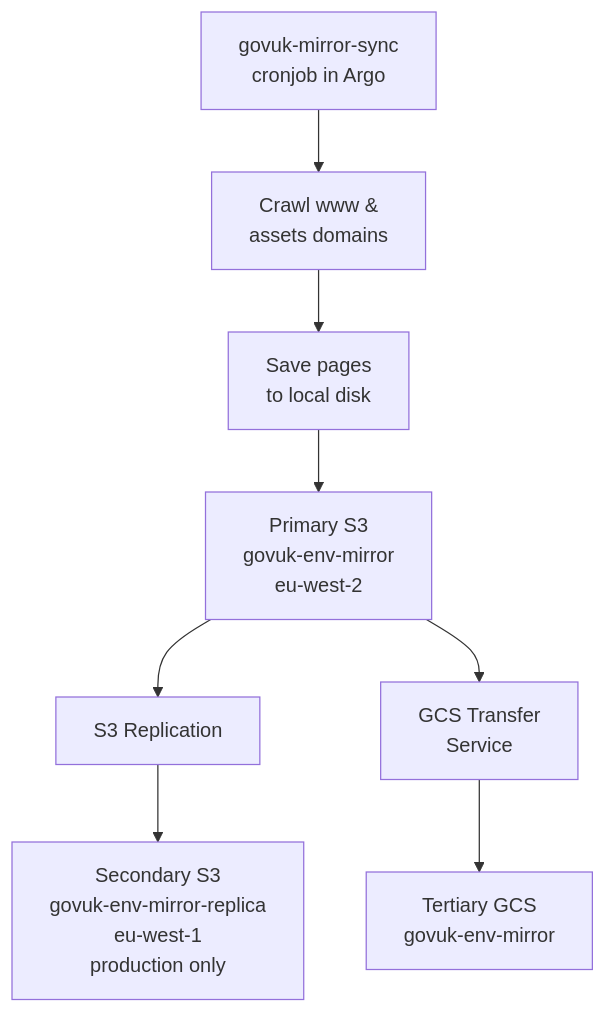
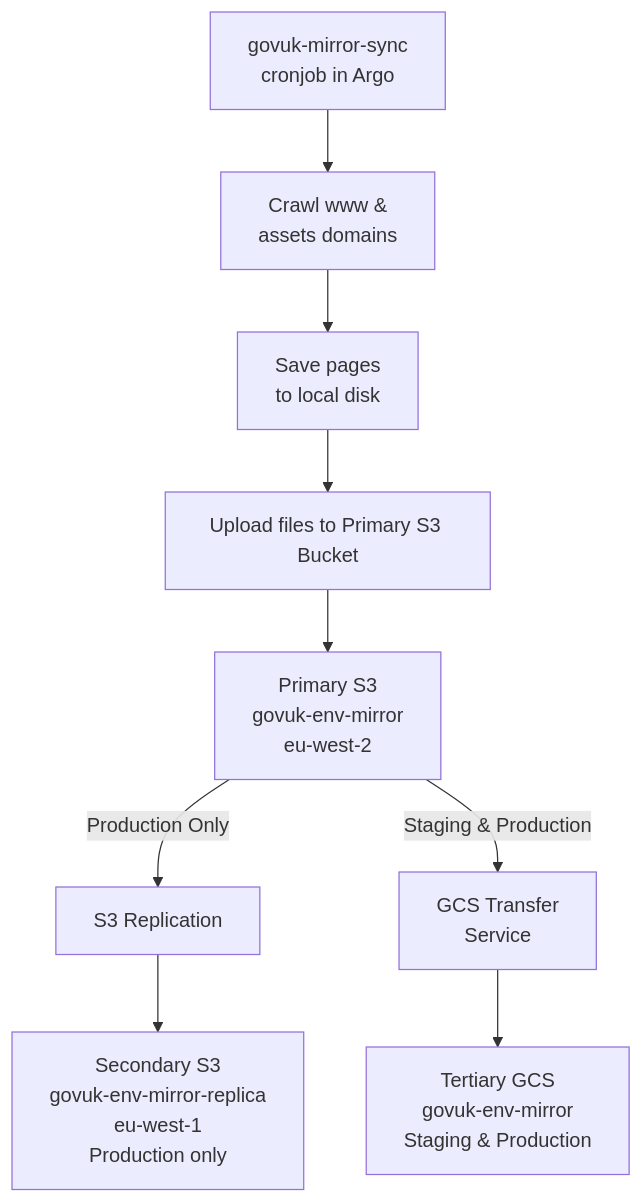
One commit to alphagov/govuk-developer-docs changed the first of 2 diagrams in source/manual/fall-back-to-mirror.html.md. Above: the diagram before and after it, drawn with Mermaid. The commit also changed other lines of this file, not shown here.

````diff
--- a/source/manual/fall-back-to-mirror.html.md
+++ b/source/manual/fall-back-to-mirror.html.md
@@ -25,10 +25,11 @@
 ```mermaid
 flowchart TB
     A[govuk-mirror-sync<br/>cronjob in Argo] --> B[Crawl www &<br/>assets domains]
     B --> C[Save pages<br/>to local disk]
-    C --> D[Primary S3<br/>govuk-env-mirror<br/>eu-west-2]
-    D --> E[S3 Replication]
-    E --> F[Secondary S3<br/>govuk-env-mirror-replica<br/>eu-west-1<br/>production only]
-    D --> G[GCS Transfer<br/>Service]
-    G --> H[Tertiary GCS<br/>govuk-env-mirror]
+    C --> D[Upload files to Primary S3 Bucket]
+    D --> E[Primary S3<br/>govuk-env-mirror<br/>eu-west-2]
+    E --> |"Production Only"| F[S3 Replication]
+    E --> |"Staging & Production"|H[GCS Transfer<br/>Service]
+    F --> G[Secondary S3<br/>govuk-env-mirror-replica<br/>eu-west-1<br/>Production only]
+    H --> I[Tertiary GCS<br/>govuk-env-mirror<br/>Staging & Production]
 ```
````
